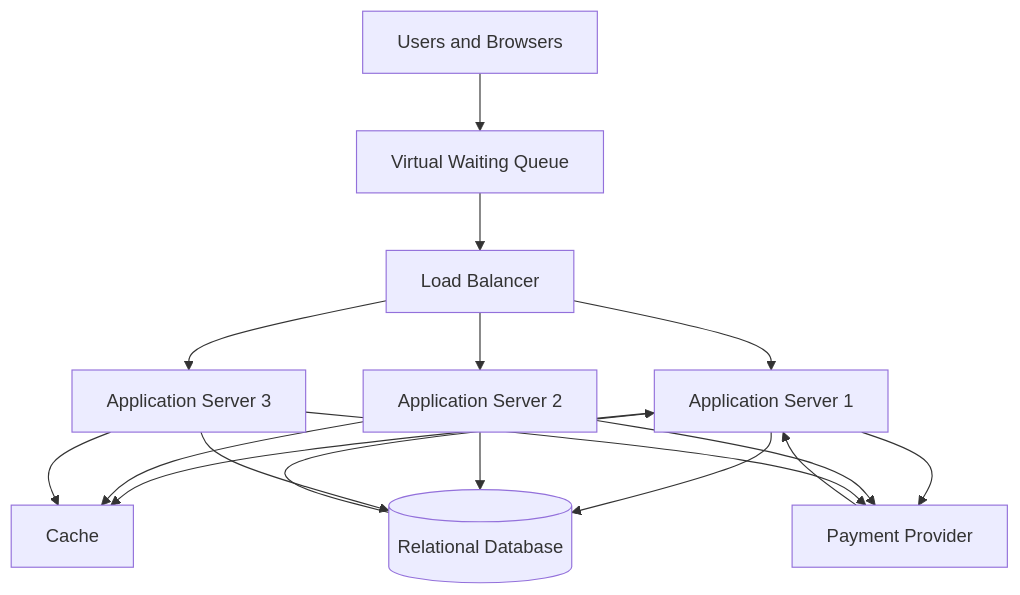
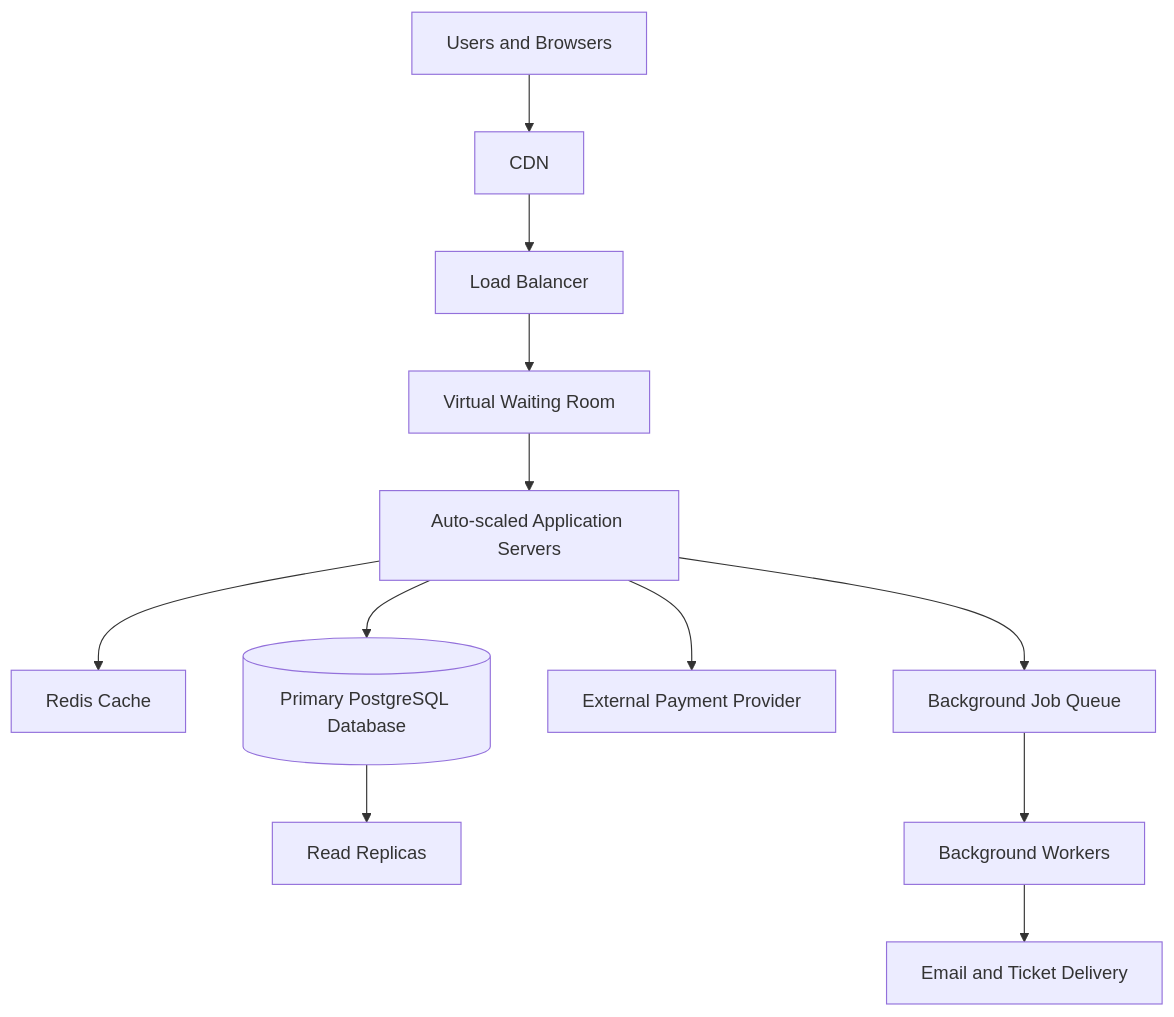
Before and after one commit to J3B3T/web-foundations-days: the diagram in day8/ticketing-design.md, drawn with Mermaid. The commit also changed other lines of this file and 1 other file, not shown here.

````diff
--- a/day8/ticketing-design.md
+++ b/day8/ticketing-design.md
@@ -227,19 +243,16 @@
 ```mermaid
 flowchart TD
-    U[Users and Browsers] --> Q[Virtual Waiting Queue]
-    Q --> LB[Load Balancer]
-    LB --> A1[Application Server 1]
-    LB --> A2[Application Server 2]
-    LB --> A3[Application Server 3]
-    A1 --> C[Cache]
-    A2 --> C
-    A3 --> C
-    A1 --> DB[(Relational Database)]
-    A2 --> DB
-    A3 --> DB
-    A1 --> P[Payment Provider]
-    A2 --> P
-    A3 --> P
-    P --> A1
-    DB --> A1
+    U[Users and Browsers] --> CDN[CDN]
+    CDN --> LB[Load Balancer]
+    LB --> W[Virtual Waiting Room]
+    W --> A[Auto-scaled Application Servers]
+
+    A --> R[Redis Cache]
+    A --> DB[(Primary PostgreSQL Database)]
+    A --> P[External Payment Provider]
+
+    DB --> RR[Read Replicas]
+    A --> Q[Background Job Queue]
+    Q --> WK[Background Workers]
+    WK --> N[Email and Ticket Delivery]
 ```
````
